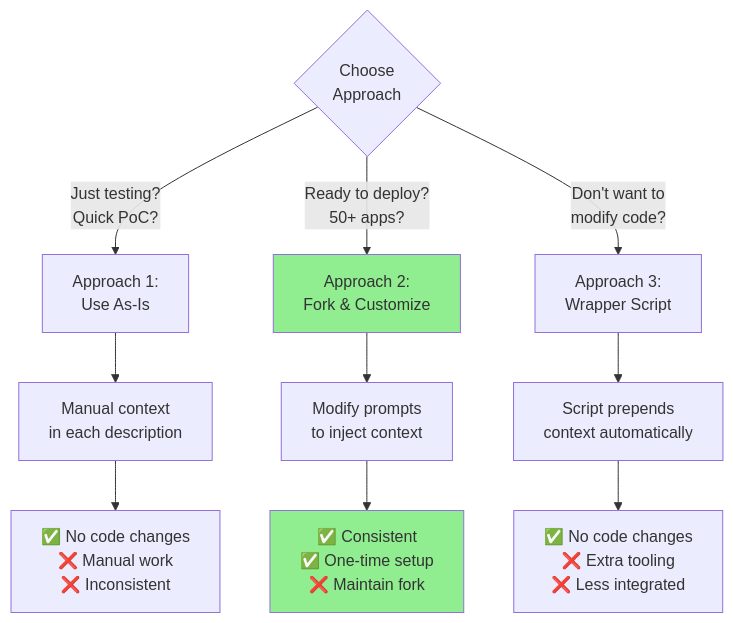
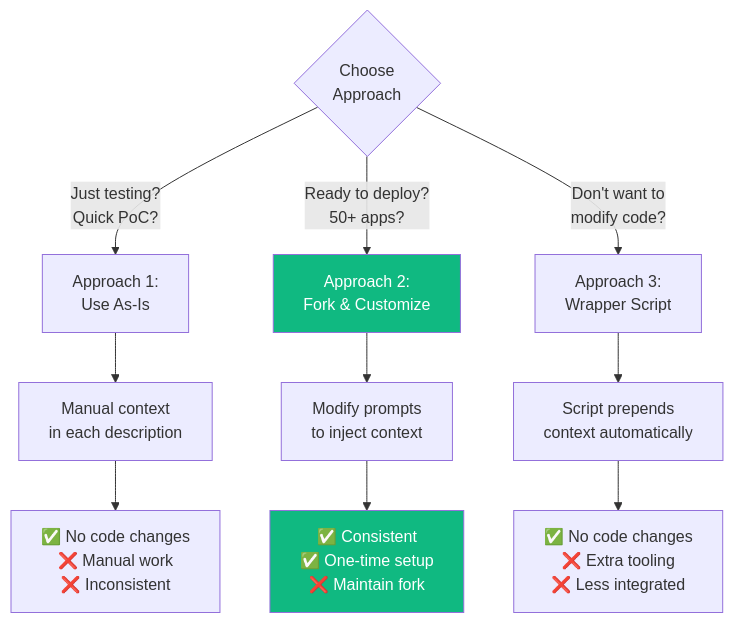
One commit to mrwadams/stride-gpt changed the third of 7 diagrams in docs/operationalization-guide.md. Above: the diagram before and after it, drawn with Mermaid. The commit also changed other lines of this file, not shown here.

````diff
--- a/docs/operationalization-guide.md
+++ b/docs/operationalization-guide.md
@@ -60,19 +58,19 @@
 ```mermaid
 graph TD
     Start{Choose<br/>Approach}
 
     Start -->|Just testing?<br/>Quick PoC?| A1[Approach 1:<br/>Use As-Is]
     Start -->|Ready to deploy?<br/>50+ apps?| A2[Approach 2:<br/>Fork & Customize]
     Start -->|Don't want to<br/>modify code?| A3[Approach 3:<br/>Wrapper Script]
 
     A1 --> B1[Manual context<br/>in each description]
     A2 --> B2[Modify prompts<br/>to inject context]
     A3 --> B3[Script prepends<br/>context automatically]
 
     B1 --> C1[✅ No code changes<br/>❌ Manual work<br/>❌ Inconsistent]
     B2 --> C2[✅ Consistent<br/>✅ One-time setup<br/>❌ Maintain fork]
     B3 --> C3[✅ No code changes<br/>❌ Extra tooling<br/>❌ Less integrated]
 
-    style A2 fill:#90EE90
-    style C2 fill:#90EE90
+    style A2 fill:#10B981,color:#fff
+    style C2 fill:#10B981,color:#fff
 ```
````
